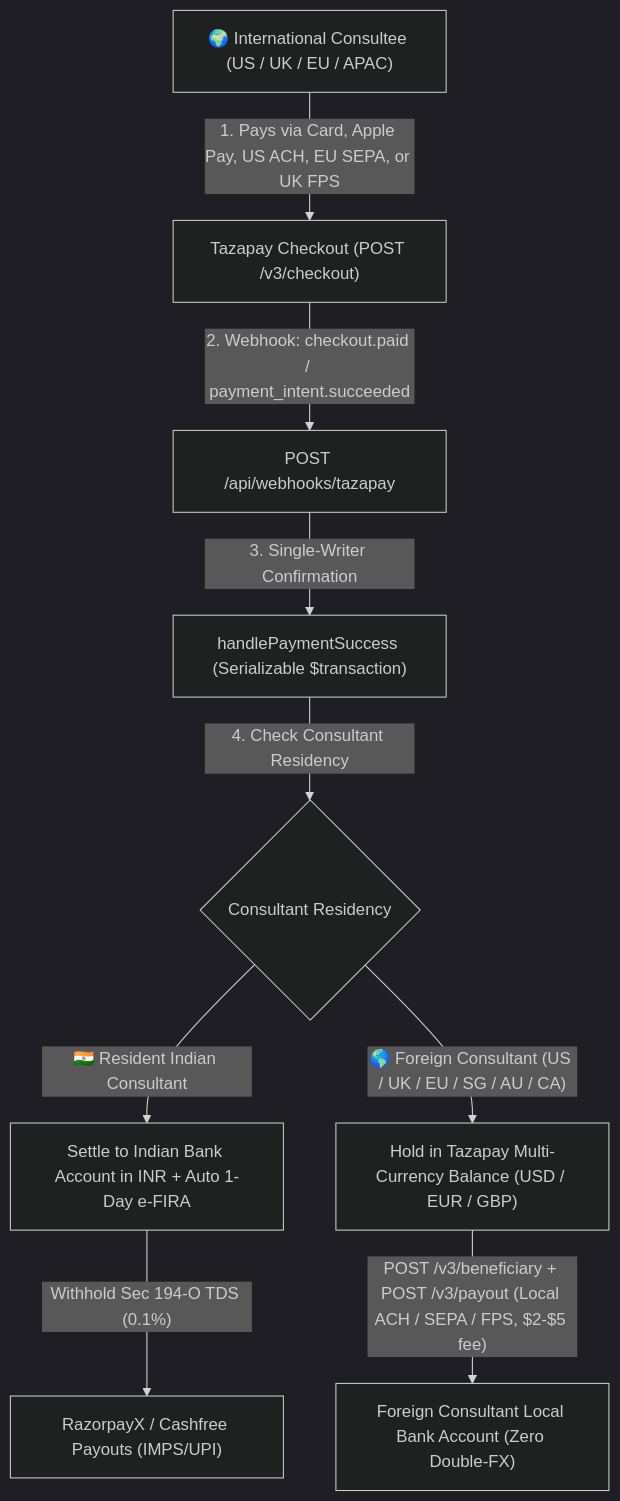
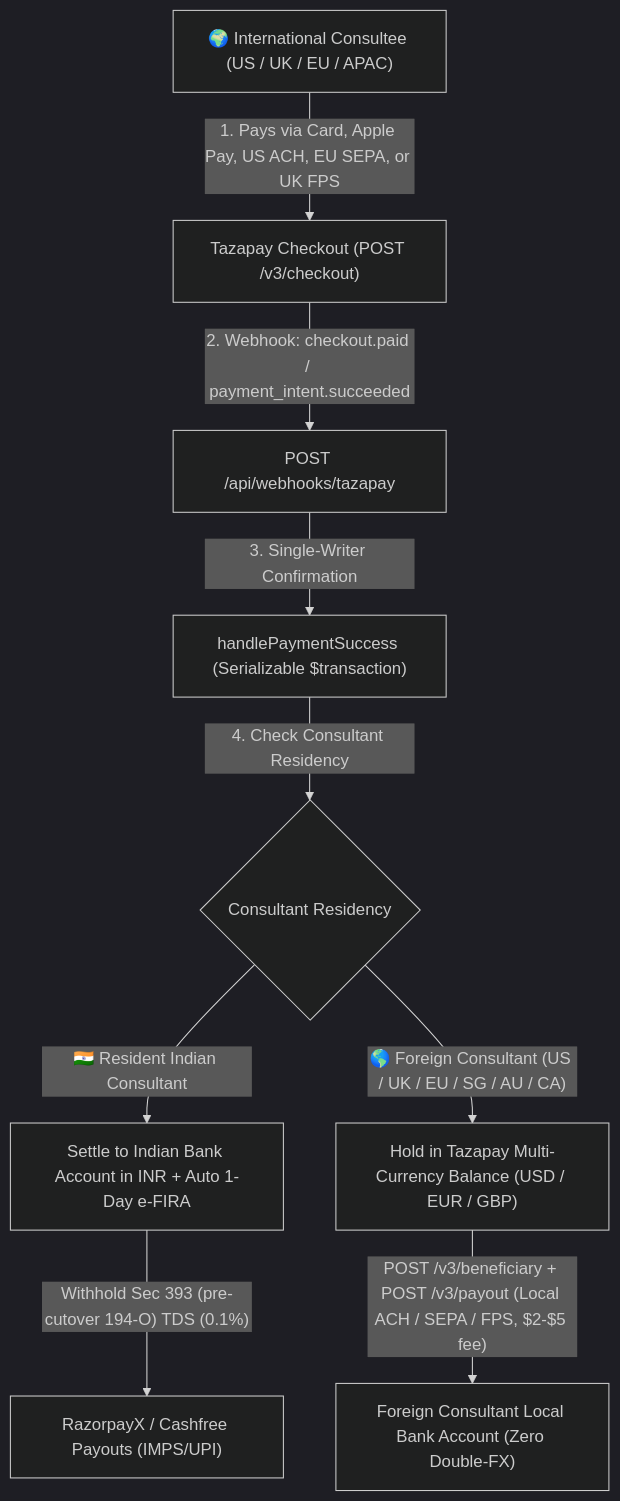
The diagram in docs/payments/gateways/tazapay/README.md (Practitionist/familiarise_web), drawn with Mermaid (dark theme) before and after one commit. The commit also changed other lines of this file and 5 other files, not shown here.

````diff
--- a/docs/payments/gateways/tazapay/README.md
+++ b/docs/payments/gateways/tazapay/README.md
@@ -31,13 +31,13 @@
 ```mermaid
 flowchart TD
     Buyer["🌍 International Consultee (US / UK / EU / APAC)"] -->|"1. Pays via Card, Apple Pay, US ACH, EU SEPA, or UK FPS"| TZ_Checkout["Tazapay Checkout (POST /v3/checkout)"]
     TZ_Checkout -->|"2. Webhook: checkout.paid / payment_intent.succeeded"| Webhook["POST /api/webhooks/tazapay"]
     Webhook -->|"3. Single-Writer Confirmation"| Confirm["handlePaymentSuccess (Serializable $transaction)"]
 
     Confirm -->|"4. Check Consultant Residency"| Route{"Consultant Residency"}
     Route -->|"🇮🇳 Resident Indian Consultant"| INR_Settle["Settle to Indian Bank Account in INR + Auto 1-Day e-FIRA"]
-    INR_Settle -->|"Withhold Sec 194-O TDS (0.1%)"| RZP_X["RazorpayX / Cashfree Payouts (IMPS/UPI)"]
+    INR_Settle -->|"Withhold Sec 393 (pre-cutover 194-O) TDS (0.1%)"| RZP_X["RazorpayX / Cashfree Payouts (IMPS/UPI)"]
 
     Route -->|"🌎 Foreign Consultant (US / UK / EU / SG / AU / CA)"| FX_Hold["Hold in Tazapay Multi-Currency Balance (USD / EUR / GBP)"]
     FX_Hold -->|"POST /v3/beneficiary + POST /v3/payout (Local ACH / SEPA / FPS, $2-$5 fee)"| Foreign_Bank["Foreign Consultant Local Bank Account (Zero Double-FX)"]
 ```
````
